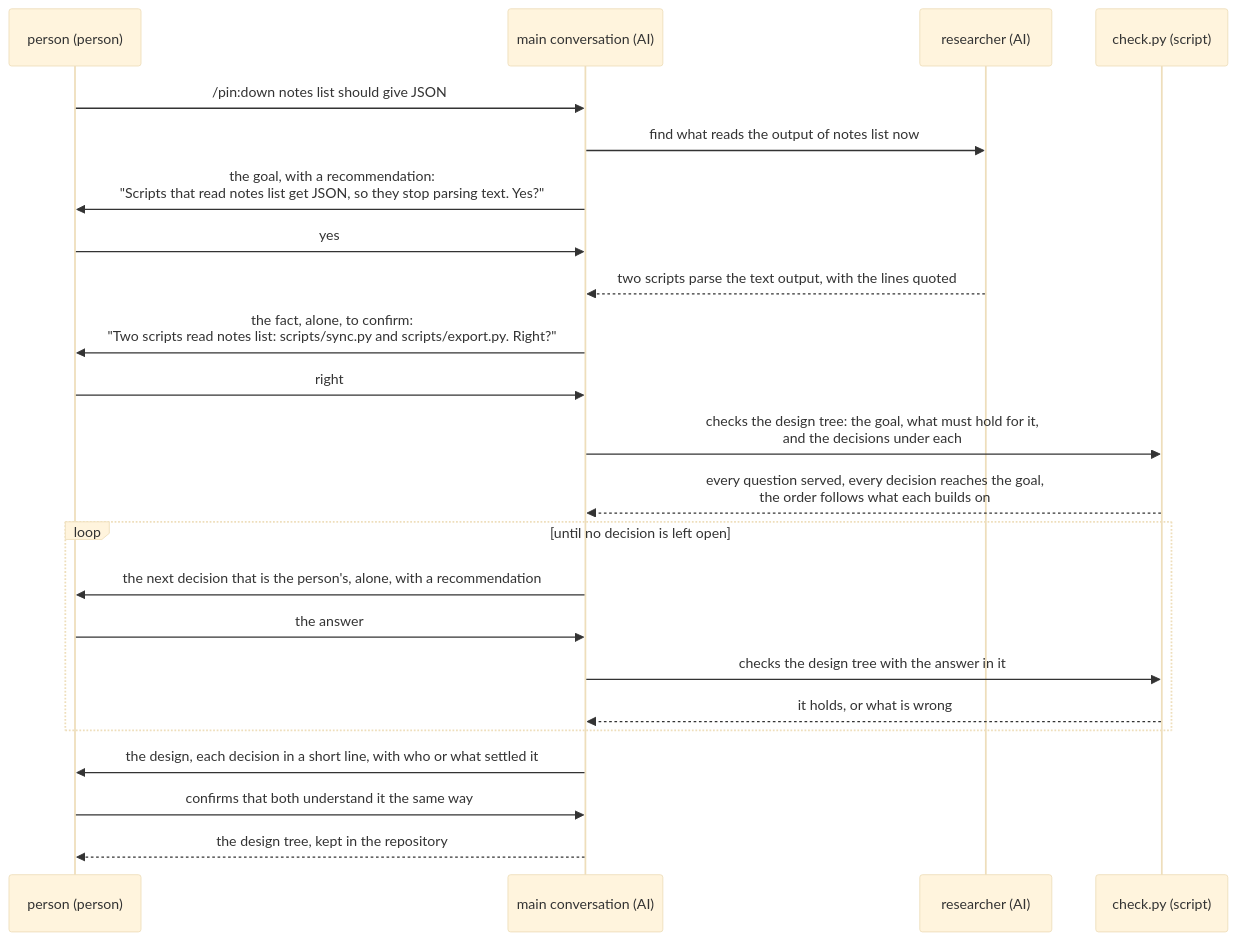
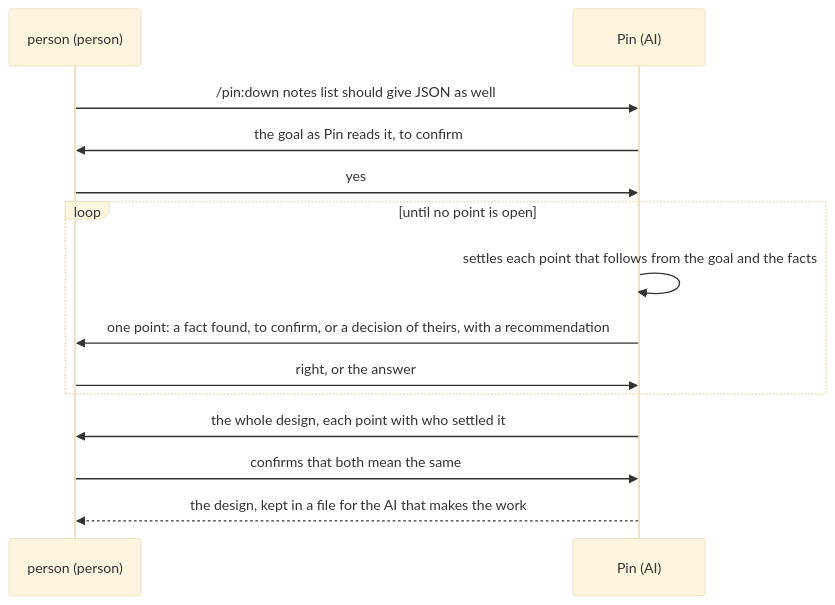
One commit to lovaizu/ccpm changed the first of 2 diagrams in dev/pin/ux.md. Above: the diagram before and after it, drawn with Mermaid (base theme). The commit also changed other lines of this file and 3 other files, not shown here.

````diff
--- a/dev/pin/ux.md
+++ b/dev/pin/ux.md
@@ -50,25 +62,16 @@
 ```mermaid
 sequenceDiagram
   participant P as person (person)
-  participant M as main conversation (AI)
-  participant R as researcher (AI)
-  participant C as check.py (script)
-  P->>M: /pin:down notes list should give JSON
-  M->>R: find what reads the output of notes list now
-  M->>P: the goal, with a recommendation:<br>"Scripts that read notes list get JSON, so they stop parsing text. Yes?"
-  P->>M: yes
-  R-->>M: two scripts parse the text output, with the lines quoted
-  M->>P: the fact, alone, to confirm:<br>"Two scripts read notes list: scripts/sync.py and scripts/export.py. Right?"
-  P->>M: right
-  M->>C: checks the design tree: the goal, what must hold for it,<br>and the decisions under each
-  C-->>M: every question served, every decision reaches the goal,<br>the order follows what each builds on
-  loop until no decision is left open
-    M->>P: the next decision that is the person's, alone, with a recommendation
-    P->>M: the answer
-    M->>C: checks the design tree with the answer in it
-    C-->>M: it holds, or what is wrong
+  participant N as Pin (AI)
+  P->>N: /pin:down notes list should give JSON as well
+  N->>P: the goal as Pin reads it, to confirm
+  P->>N: yes
+  loop until no point is open
+    N->>N: settles each point that follows from the goal and the facts
+    N->>P: one point: a fact found, to confirm, or a decision of theirs, with a recommendation
+    P->>N: right, or the answer
   end
-  M->>P: the design, each decision in a short line, with who or what settled it
-  P->>M: confirms that both understand it the same way
-  M-->>P: the design tree, kept in the repository
+  N->>P: the whole design, each point with who settled it
+  P->>N: confirms that both mean the same
+  N-->>P: the design, kept in a file for the AI that makes the work
 ```
````
